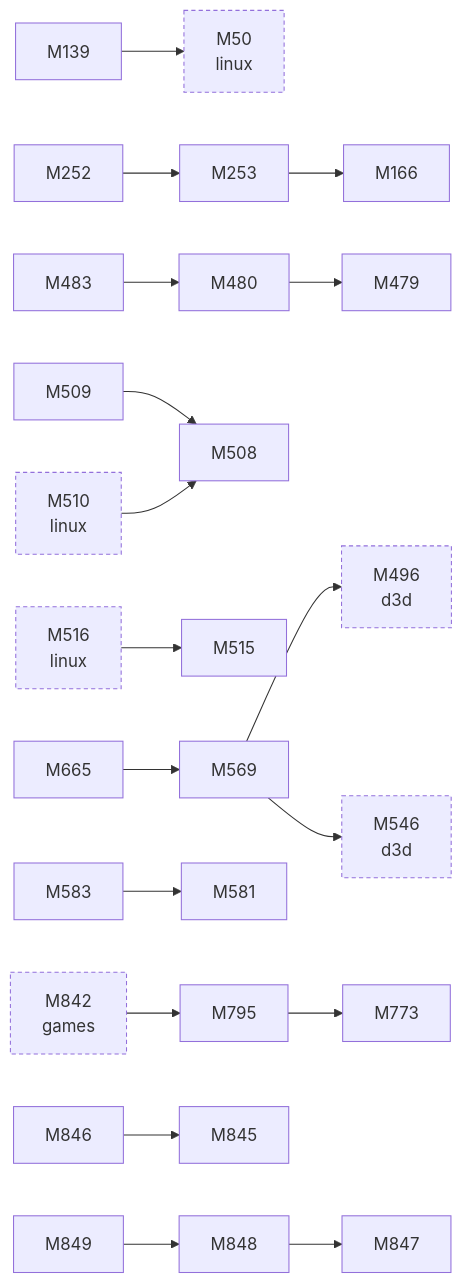
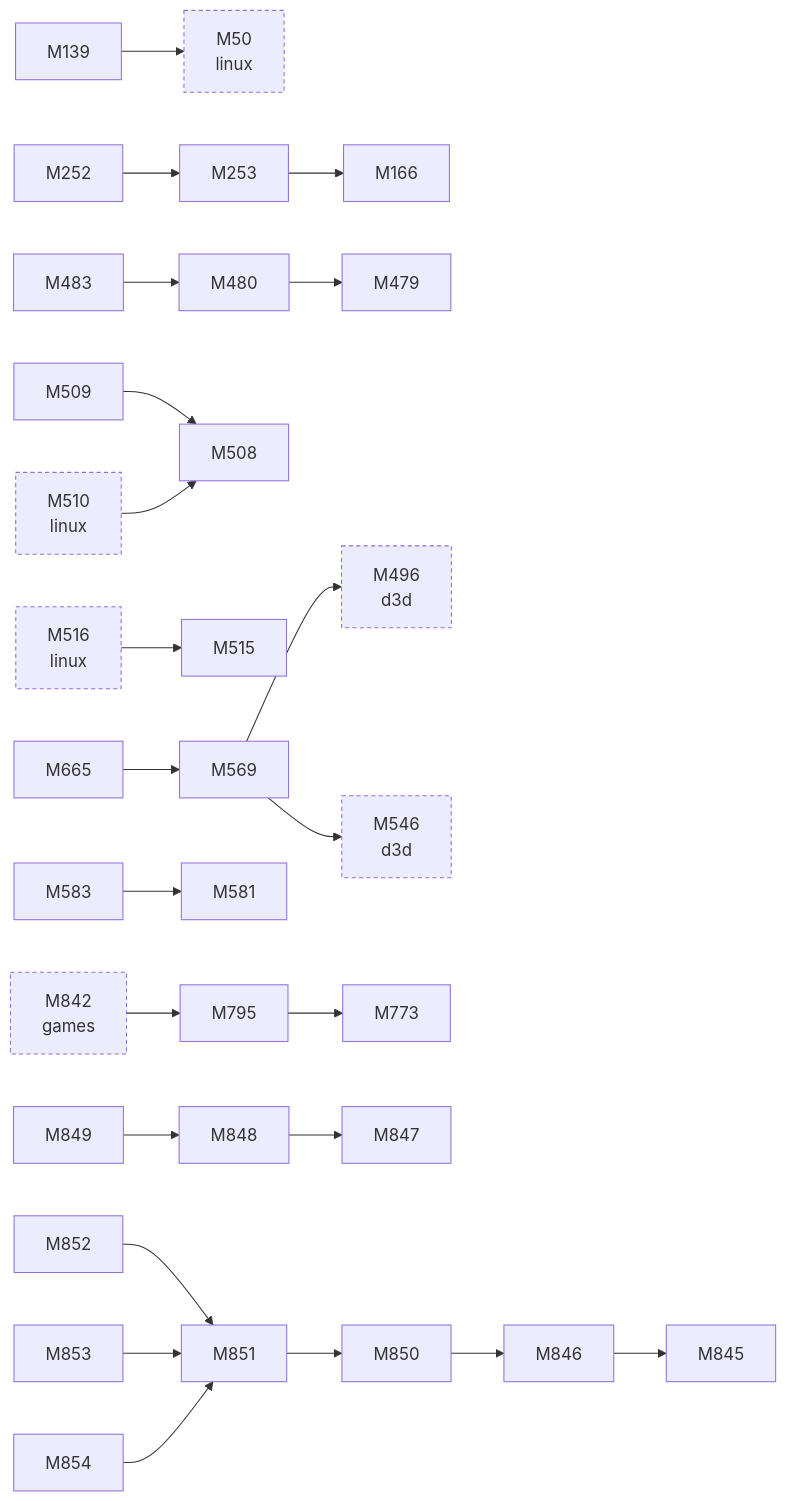
One commit to D-Ogi/amdgpu-wddm changed the second of 2 diagrams in docs/facts/graphs/icd.md. Above: the diagram before and after it, drawn with Mermaid. The commit also changed 10 other files, not shown here.

````diff
--- a/docs/facts/graphs/icd.md
+++ b/docs/facts/graphs/icd.md
@@ -29,49 +29,59 @@
 ```mermaid
 flowchart LR
   M50["M50<br/>linux"]
   M139["M139"]
   M166["M166"]
   M252["M252"]
   M253["M253"]
   M479["M479"]
   M480["M480"]
   M483["M483"]
   M496["M496<br/>d3d"]
   M508["M508"]
   M509["M509"]
   M510["M510<br/>linux"]
   M515["M515"]
   M516["M516<br/>linux"]
   M546["M546<br/>d3d"]
   M569["M569"]
   M581["M581"]
   M583["M583"]
   M665["M665"]
   M773["M773"]
   M795["M795"]
   M842["M842<br/>games"]
   M845["M845"]
   M846["M846"]
   M847["M847"]
   M848["M848"]
   M849["M849"]
+  M850["M850"]
+  M851["M851"]
+  M852["M852"]
+  M853["M853"]
+  M854["M854"]
   M139 --> M50
   M252 --> M253
   M253 --> M166
   M480 --> M479
   M483 --> M480
   M509 --> M508
   M569 --> M496
   M569 --> M546
   M583 --> M581
   M665 --> M569
   M795 --> M773
   M846 --> M845
   M848 --> M847
   M849 --> M848
+  M850 --> M846
+  M851 --> M850
+  M852 --> M851
+  M853 --> M851
+  M854 --> M851
   M842 --> M795
   M510 --> M508
   M516 --> M515
   classDef other stroke-dasharray:4 3
   class M50,M496,M510,M516,M546,M842 other
 ```
````
